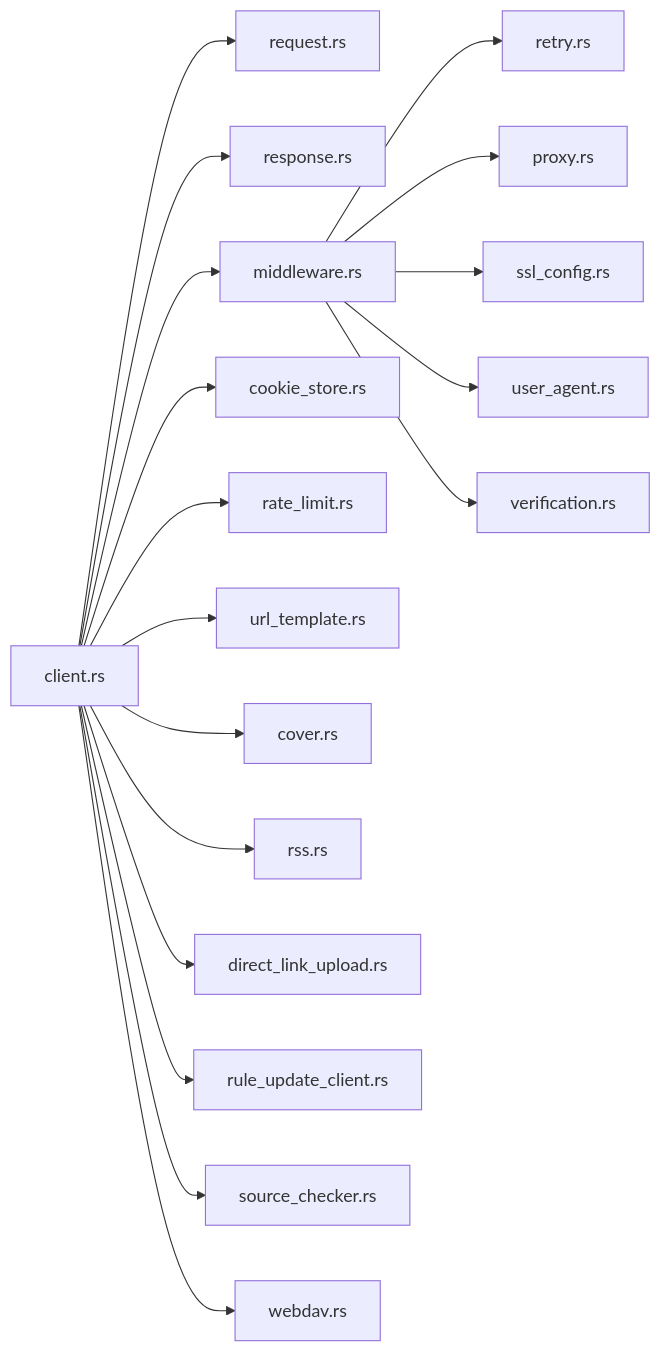
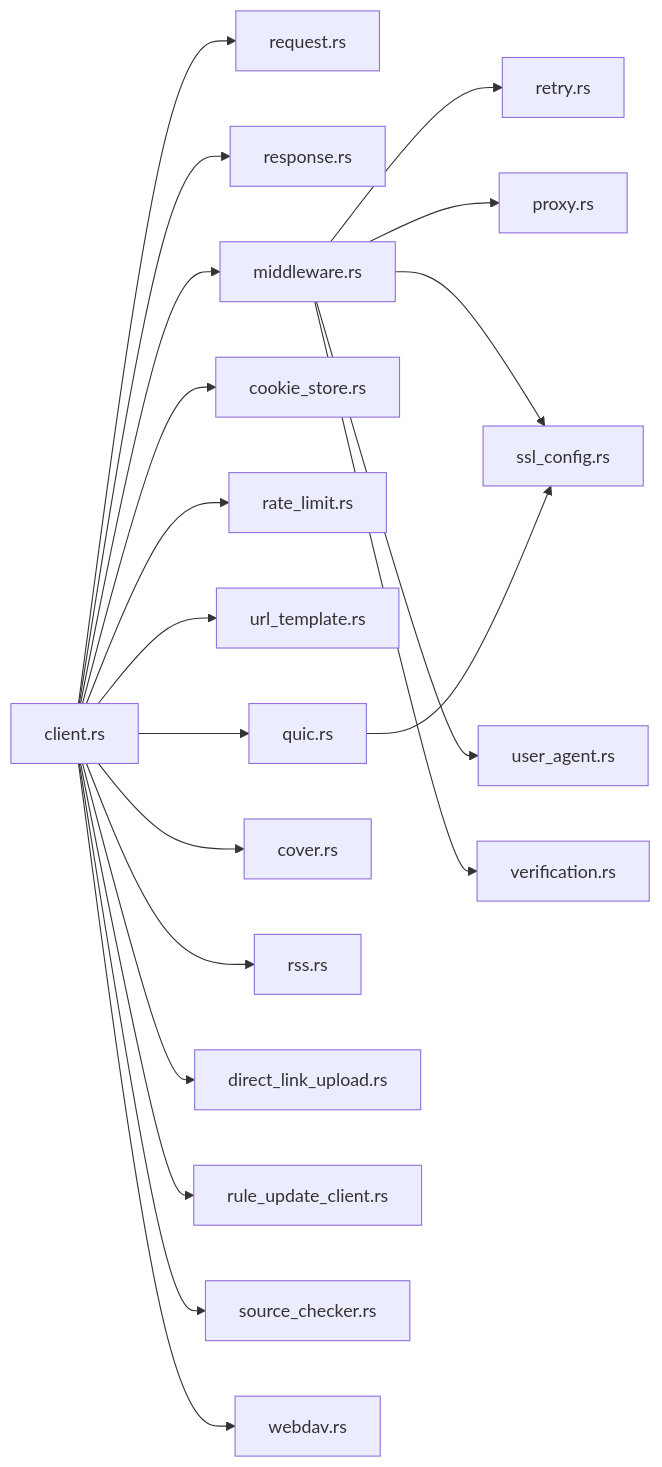
Before and after one commit to ZhangGHGitHub/LegadoTeamFlutter: the tenth of 10 diagrams in .qoder/repowiki/zh/content/Rust核心库/网络层/网络层.md, drawn with Mermaid. The commit also changed other lines of this file and 60 other files, not shown here.

````diff
--- a/.qoder/repowiki/zh/content/Rust核心库/网络层/网络层.md
+++ b/.qoder/repowiki/zh/content/Rust核心库/网络层/网络层.md
@@ -366,20 +471,22 @@
 ```mermaid
 graph LR
 client["client.rs"] --> request["request.rs"]
 client --> response["response.rs"]
 client --> middleware["middleware.rs"]
 middleware --> retry["retry.rs"]
 middleware --> proxy["proxy.rs"]
 middleware --> ssl["ssl_config.rs"]
 middleware --> ua["user_agent.rs"]
 middleware --> verify["verification.rs"]
 client --> cookie["cookie_store.rs"]
 client --> ratelimit["rate_limit.rs"]
 client --> urltpl["url_template.rs"]
+client --> quic["quic.rs"]
+quic --> ssl
 client --> cover["cover.rs"]
 client --> rss["rss.rs"]
 client --> dlupload["direct_link_upload.rs"]
 client --> ruleup["rule_update_client.rs"]
 client --> srcchk["source_checker.rs"]
 client --> webdav["webdav.rs"]
 ```
````
